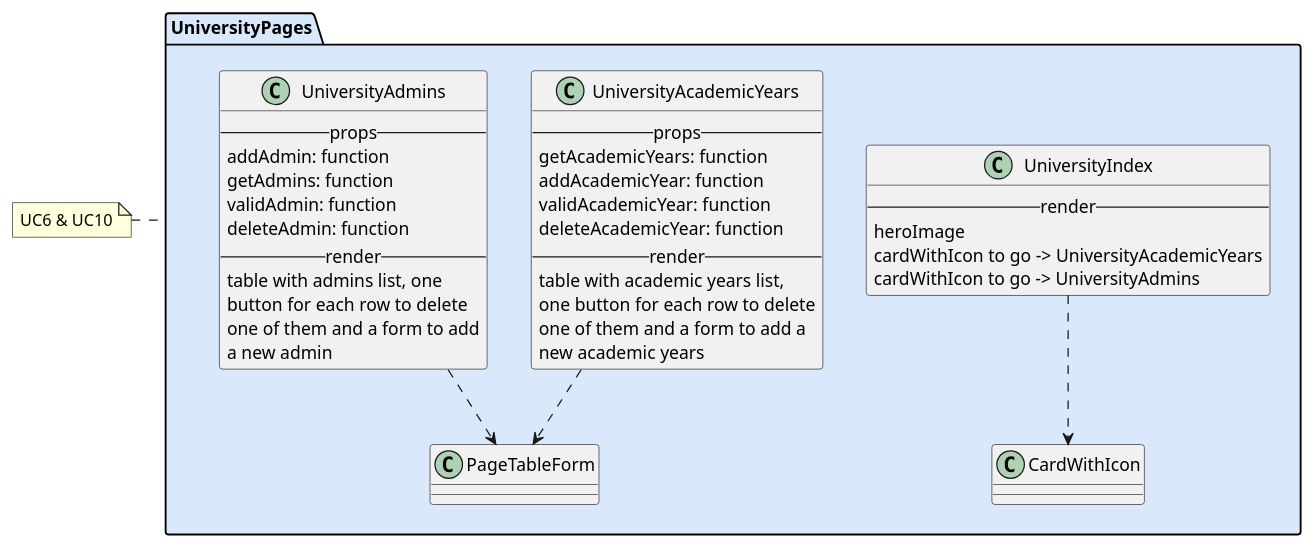
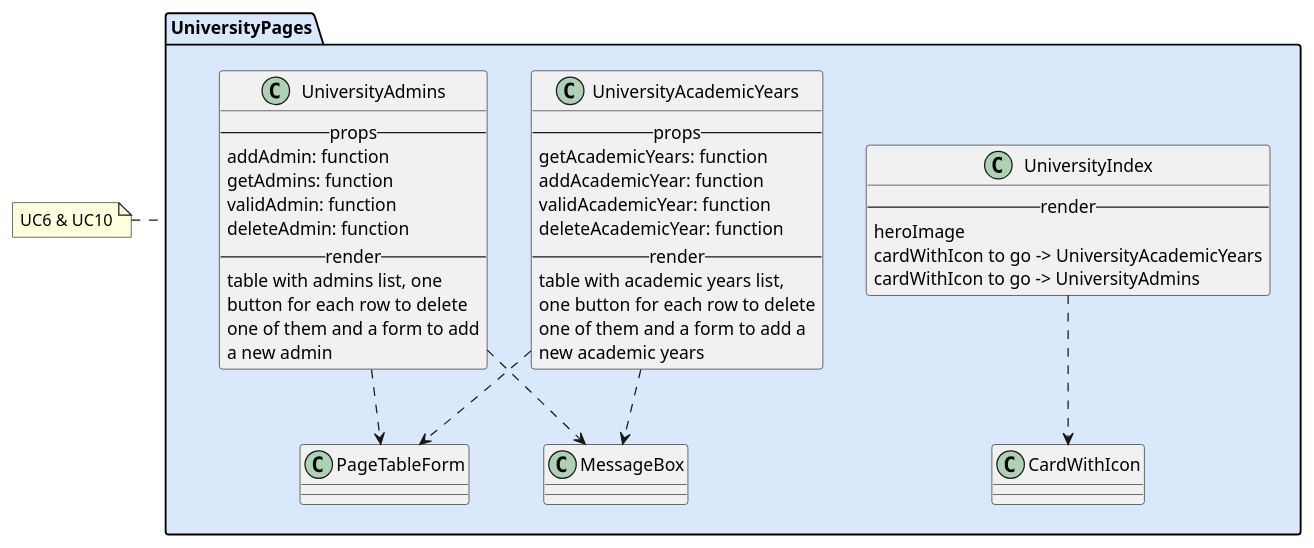
The diagram in react/university/index.iuml (M9k/Marvin-Uml), drawn with PlantUML before and after one commit. The commit also changed 7 other files, not shown here.

```diff
--- a/react/university/index.iuml
+++ b/react/university/index.iuml
@@ -1,41 +1,43 @@
 package UniversityPages #DAE8FC {
 
 class UniversityIndex {
     --render--
         heroImage
         cardWithIcon to go -> UniversityAcademicYears
         cardWithIcon to go -> UniversityAdmins
 }
 UniversityIndex ..> CardWithIcon
 
 class UniversityAcademicYears {
     --props--
         getAcademicYears: function
         addAcademicYear: function
         validAcademicYear: function
         deleteAcademicYear: function
     --render--
     table with academic years list,
      one button for each row to delete
      one of them and a form to add a
      new academic years
 }
 UniversityAcademicYears ..> PageTableForm
+UniversityAcademicYears ..> MessageBox
 
 class UniversityAdmins {
     --props--
         addAdmin: function
         getAdmins: function
         validAdmin: function
         deleteAdmin: function
     --render--
     table with admins list, one
     button for each row to delete
     one of them and a form to add
     a new admin
 }
 UniversityAdmins ..> PageTableForm
+UniversityAdmins ..> MessageBox
 
 }
 
 note left of UniversityPages: UC6 & UC10
```
